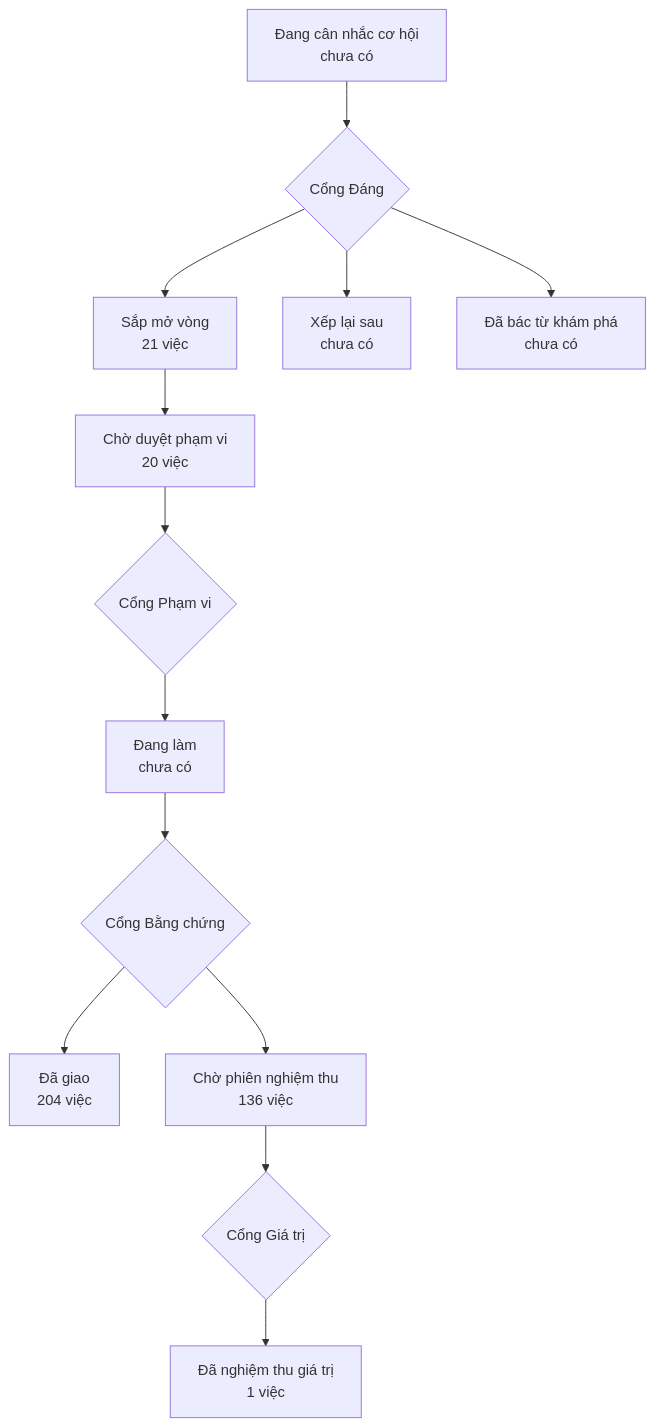
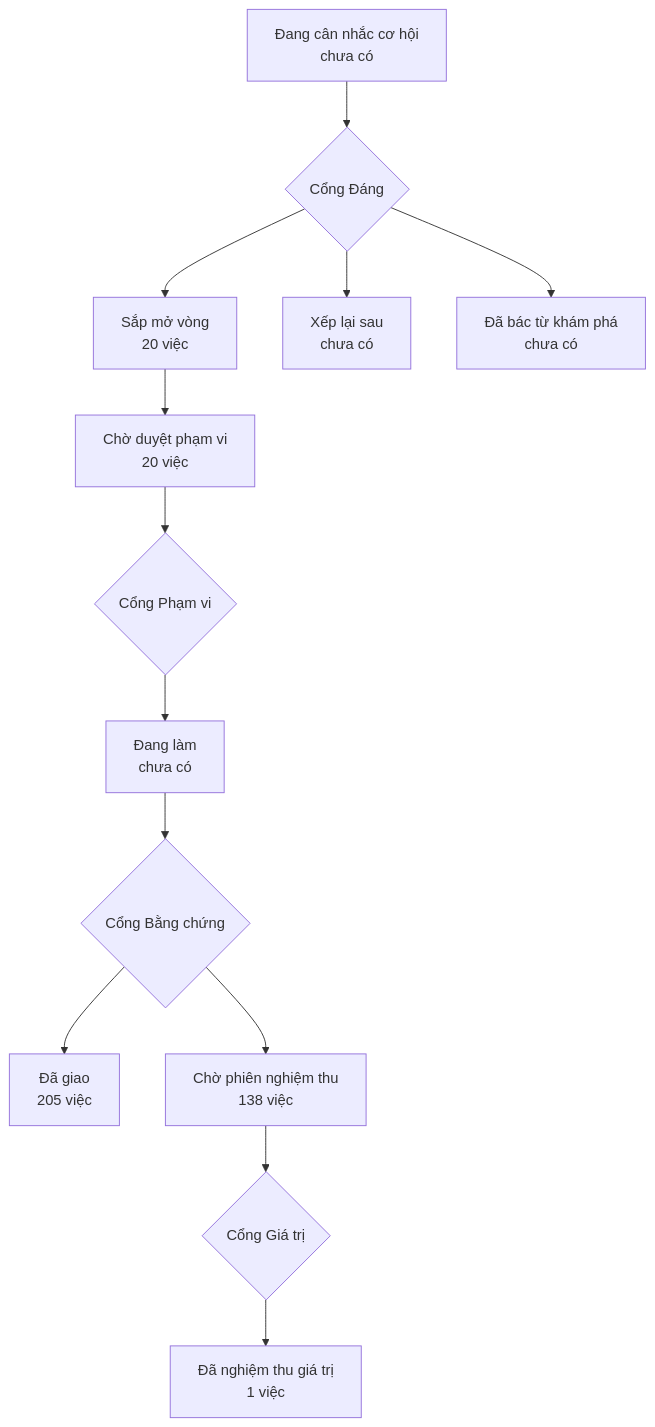
Before and after one commit to phanlemanh/onehub-invest: the diagram in PRODUCT-MAP.md, drawn with Mermaid. The commit also changed other lines of this file and 1 other file, not shown here.

Commit message:
docs: vẽ lại bản đồ sản phẩm sau khi gộp main

````diff
--- a/PRODUCT-MAP.md
+++ b/PRODUCT-MAP.md
@@ -7,12 +7,12 @@
 ```mermaid
 flowchart TD
   A["Đang cân nhắc cơ hội<br/>chưa có"] --> GD{"Cổng Đáng"}
-  GD --> B["Sắp mở vòng<br/>21 việc"]
+  GD --> B["Sắp mở vòng<br/>20 việc"]
   GD --> XL["Xếp lại sau<br/>chưa có"]
   GD --> DB["Đã bác từ khám phá<br/>chưa có"]
   B --> CD["Chờ duyệt phạm vi<br/>20 việc"] --> GP{"Cổng Phạm vi"}
   GP --> DL["Đang làm<br/>chưa có"] --> GB{"Cổng Bằng chứng"}
-  GB --> DG["Đã giao<br/>204 việc"]
-  GB --> CN["Chờ phiên nghiệm thu<br/>136 việc"] --> GG{"Cổng Giá trị"}
+  GB --> DG["Đã giao<br/>205 việc"]
+  GB --> CN["Chờ phiên nghiệm thu<br/>138 việc"] --> GG{"Cổng Giá trị"}
   GG --> NT["Đã nghiệm thu giá trị<br/>1 việc"]
 ```
````
